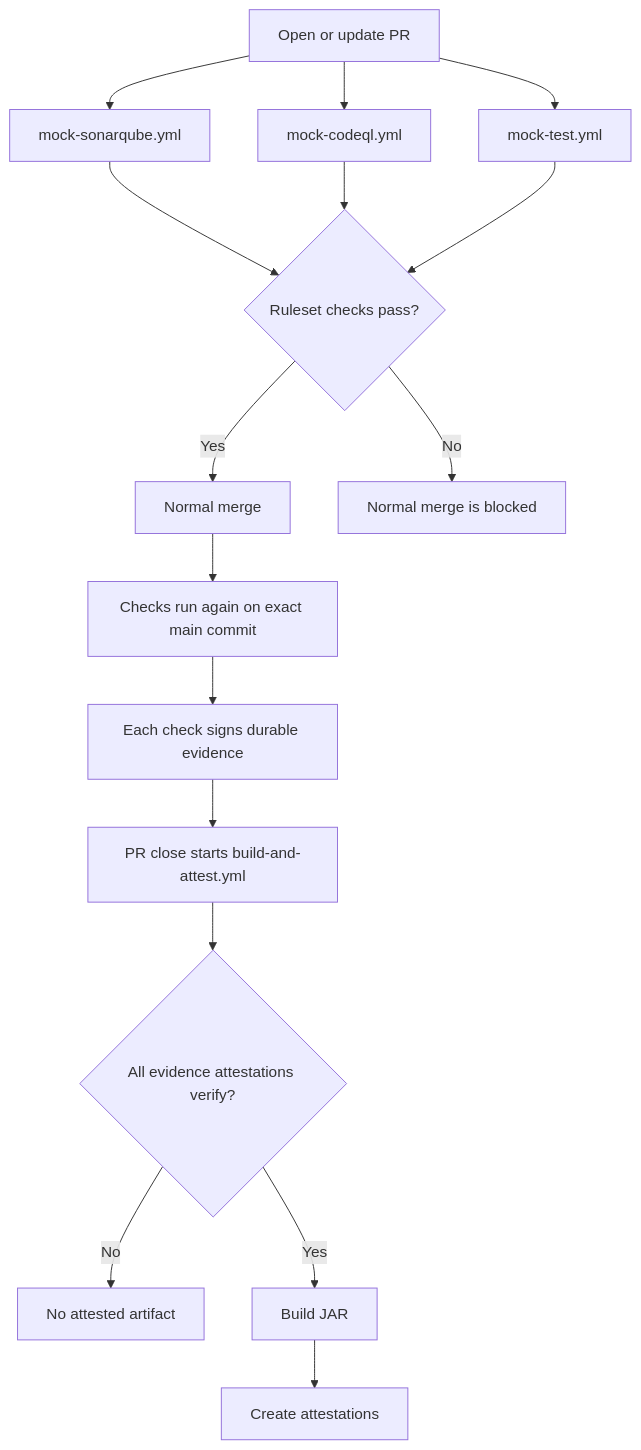
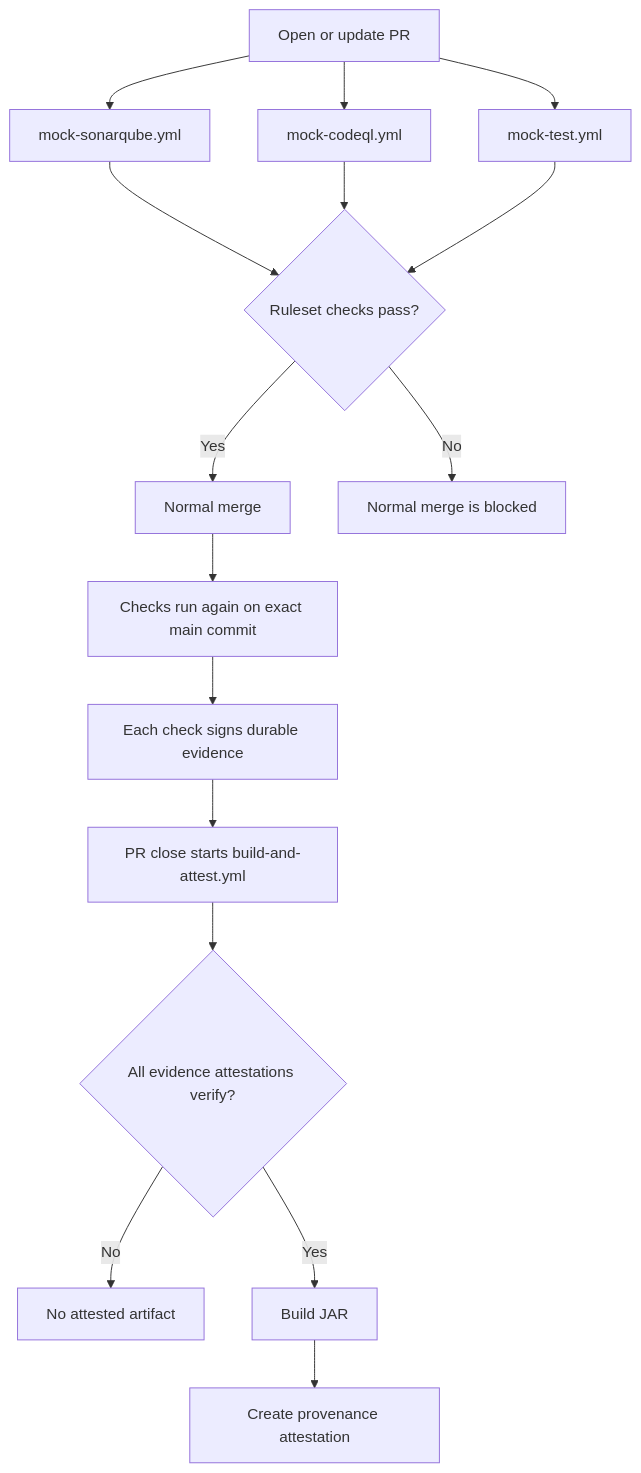
Before and after one commit to jefeish/attestation-governance: the first of 3 diagrams in README.md, drawn with Mermaid. The commit also changed other lines of this file and 1 other file, not shown here.

First line of the commit message:
Remove final check-results attestation

````diff
--- a/README.md
+++ b/README.md
@@ -71,18 +71,18 @@
 ```mermaid
 flowchart TD
     A[Open or update PR] --> B[mock-sonarqube.yml]
     A --> C[mock-codeql.yml]
     A --> D[mock-test.yml]
     B --> E{Ruleset checks pass?}
     C --> E
     D --> E
     E -->|Yes| F[Normal merge]
     E -->|No| G[Normal merge is blocked]
     F --> H[Checks run again on exact main commit]
     H --> I[Each check signs durable evidence]
     I --> J[PR close starts build-and-attest.yml]
     J --> K{All evidence attestations verify?}
     K -->|No| L[No attested artifact]
     K -->|Yes| M[Build JAR]
-    M --> N[Create attestations]
+    M --> N[Create provenance attestation]
 ```
````
